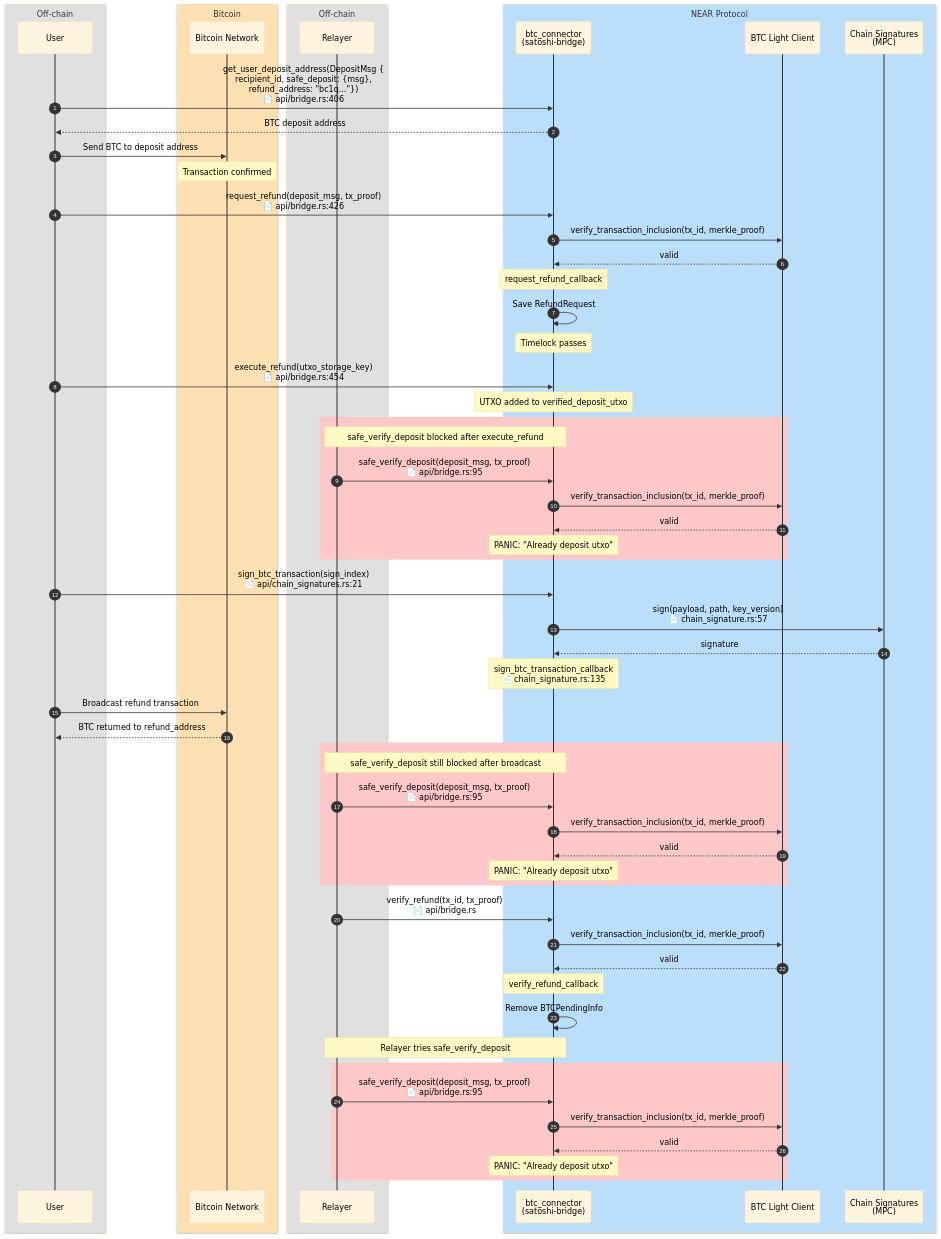
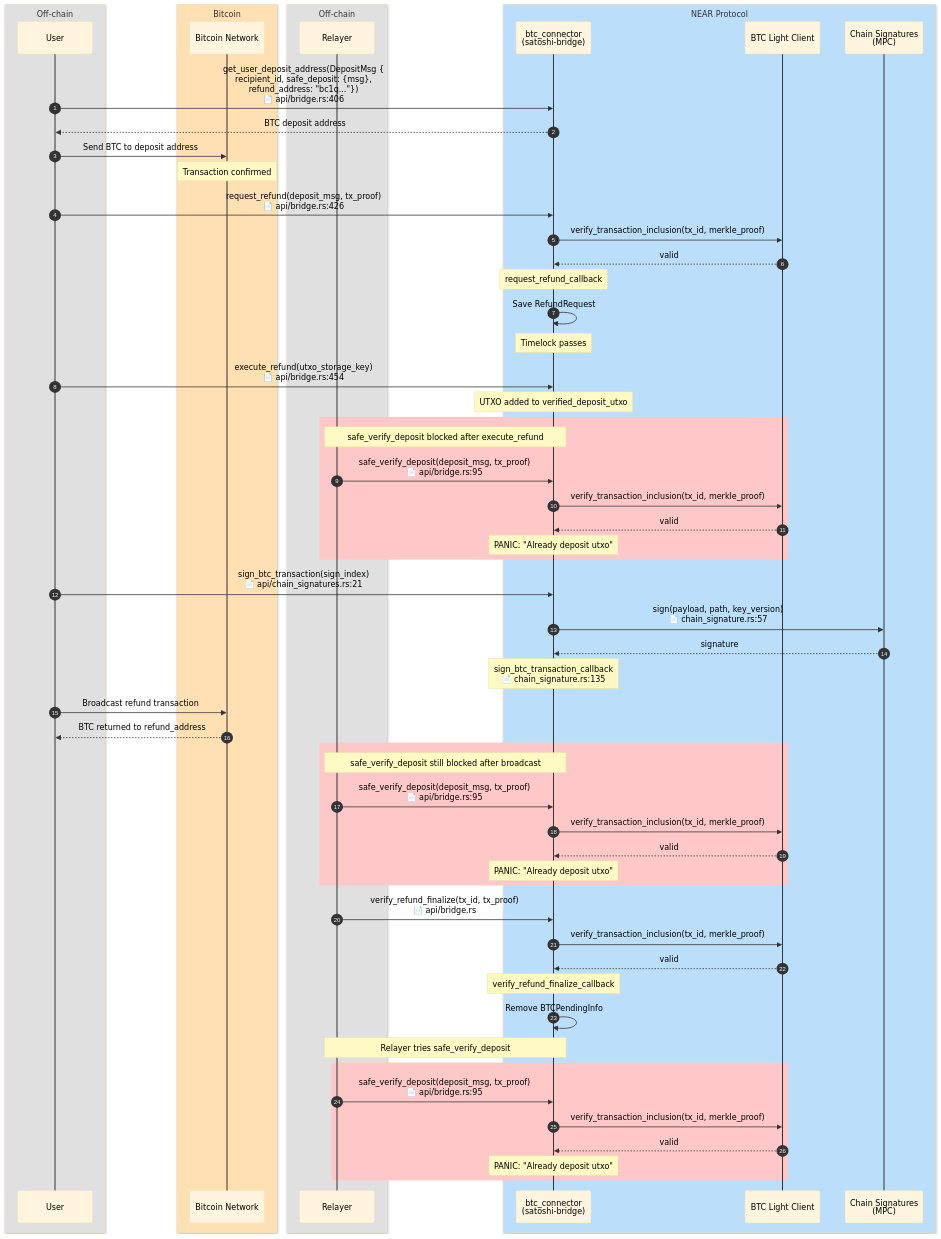
One commit to Near-One/btc-bridge changed the diagram in doc/refund-then-safe-deposit-fails-flow.md. Above: the diagram before and after it, drawn with Mermaid. The commit also changed other lines of this file and 7 other files, not shown here.

```diff
--- a/doc/refund-then-safe-deposit-fails-flow.md
+++ b/doc/refund-then-safe-deposit-fails-flow.md
@@ -90,12 +90,12 @@
         Note over B: PANIC: "Already deposit utxo"
     end
 
-    R->>B: verify_refund(tx_id, tx_proof)<br/>📄 api/bridge.rs
+    R->>B: verify_refund_finalize(tx_id, tx_proof)<br/>📄 api/bridge.rs
 
     B->>LC: verify_transaction_inclusion(tx_id, merkle_proof)
     LC-->>B: valid
 
-    Note over B: verify_refund_callback
+    Note over B: verify_refund_finalize_callback
     B->>B: Remove BTCPendingInfo
 
     Note over R,B: Relayer tries safe_verify_deposit
```
